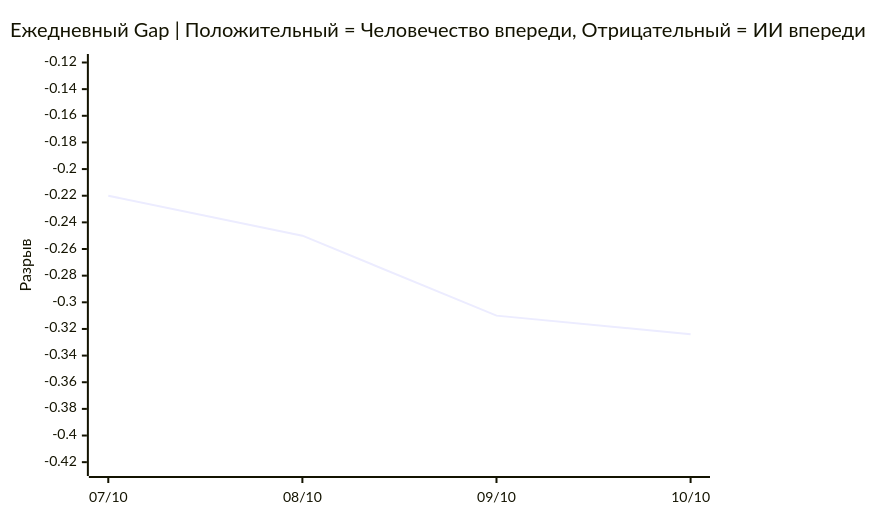
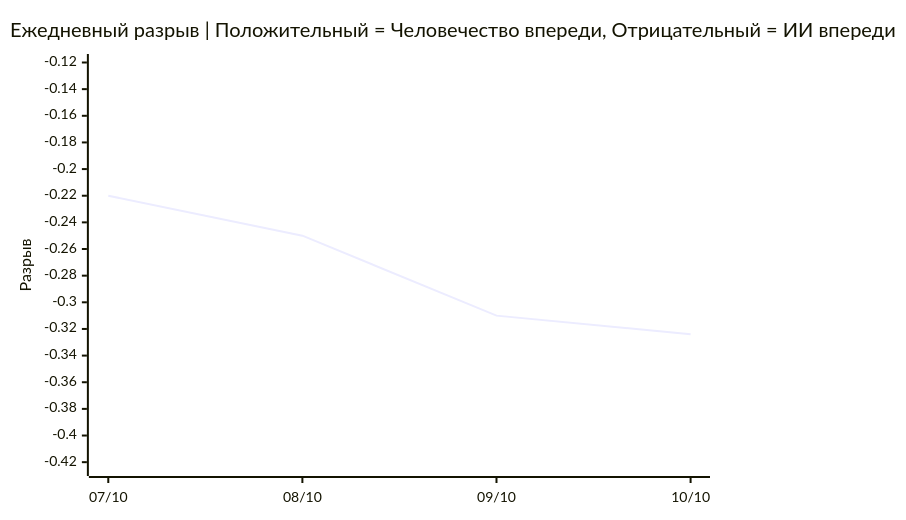
One commit to VQQLK/Human-AI-Monitor changed the third of 3 diagrams in README.ru.md. Above: the diagram before and after it, drawn with Mermaid. The commit also changed other lines of this file and 1 other file, not shown here.

Commit message:
docs(readme): RU daily header uses 'разрыв' instead of 'Gap'
Consistency with the rest of the Russian README: 'Разрыв' is used in
the Gap Index table, y-axis label, and Historical column header. The
daily section alone used the English 'Gap'.

Also fixes a strip bug discovered while applying the change:
update_readme was stripping the previous daily+historical section by
searching for L['daily_header']. When that header text changed, the
search missed and left the old section in place, appending the new
one after it (observed as a duplicate section in README.ru.md).

New logic: strip everything between the second mermaid block and the
'---' separator unconditionally, then re-insert fresh blocks. No
dependency on localized header strings.

````diff
--- a/README.ru.md
+++ b/README.ru.md
@@ -54,7 +54,7 @@
 ```mermaid
 xychart-beta
-    title "Ежедневный Gap | Положительный = Человечество впереди, Отрицательный = ИИ впереди"
+    title "Ежедневный разрыв | Положительный = Человечество впереди, Отрицательный = ИИ впереди"
     x-axis ["07/10", "08/10", "09/10", "10/10"]
     y-axis "Разрыв" -0.424 --> -0.120
     line [-0.220, -0.250, -0.310, -0.324]
 ```
````
